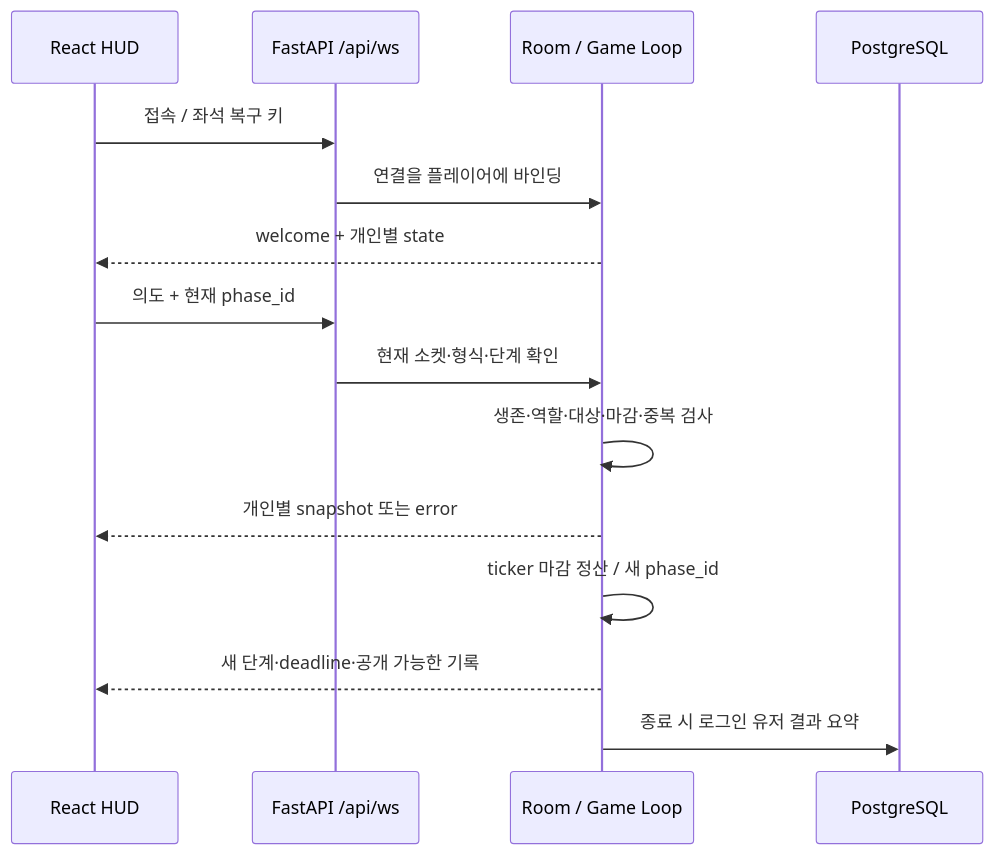
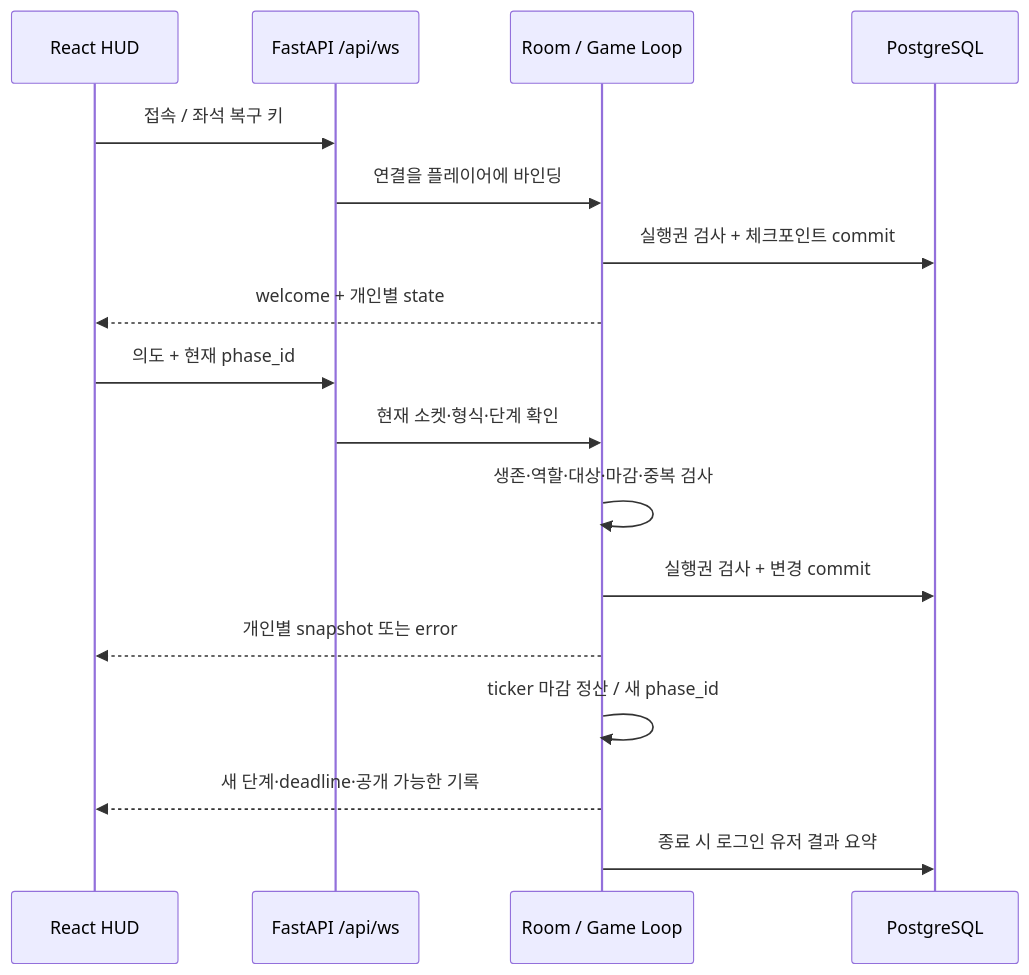
One commit to boclair98/mafia-game changed the diagram in docs/ARCHITECTURE.md. Above: the diagram before and after it, drawn with Mermaid. The commit also changed other lines of this file and 35 other files, not shown here.

````diff
--- a/docs/ARCHITECTURE.md
+++ b/docs/ARCHITECTURE.md
@@ -36,17 +36,19 @@
 ```mermaid
 sequenceDiagram
     participant UI as React HUD
     participant WS as FastAPI /api/ws
     participant Room as Room / Game Loop
     participant DB as PostgreSQL
     UI->>WS: 접속 / 좌석 복구 키
     WS->>Room: 연결을 플레이어에 바인딩
+    Room->>DB: 실행권 검사 + 체크포인트 commit
     Room-->>UI: welcome + 개인별 state
     UI->>WS: 의도 + 현재 phase_id
     WS->>Room: 현재 소켓·형식·단계 확인
     Room->>Room: 생존·역할·대상·마감·중복 검사
+    Room->>DB: 실행권 검사 + 변경 commit
     Room-->>UI: 개인별 snapshot 또는 error
     Room->>Room: ticker 마감 정산 / 새 phase_id
     Room-->>UI: 새 단계·deadline·공개 가능한 기록
     Room->>DB: 종료 시 로그인 유저 결과 요약
 ```
````
